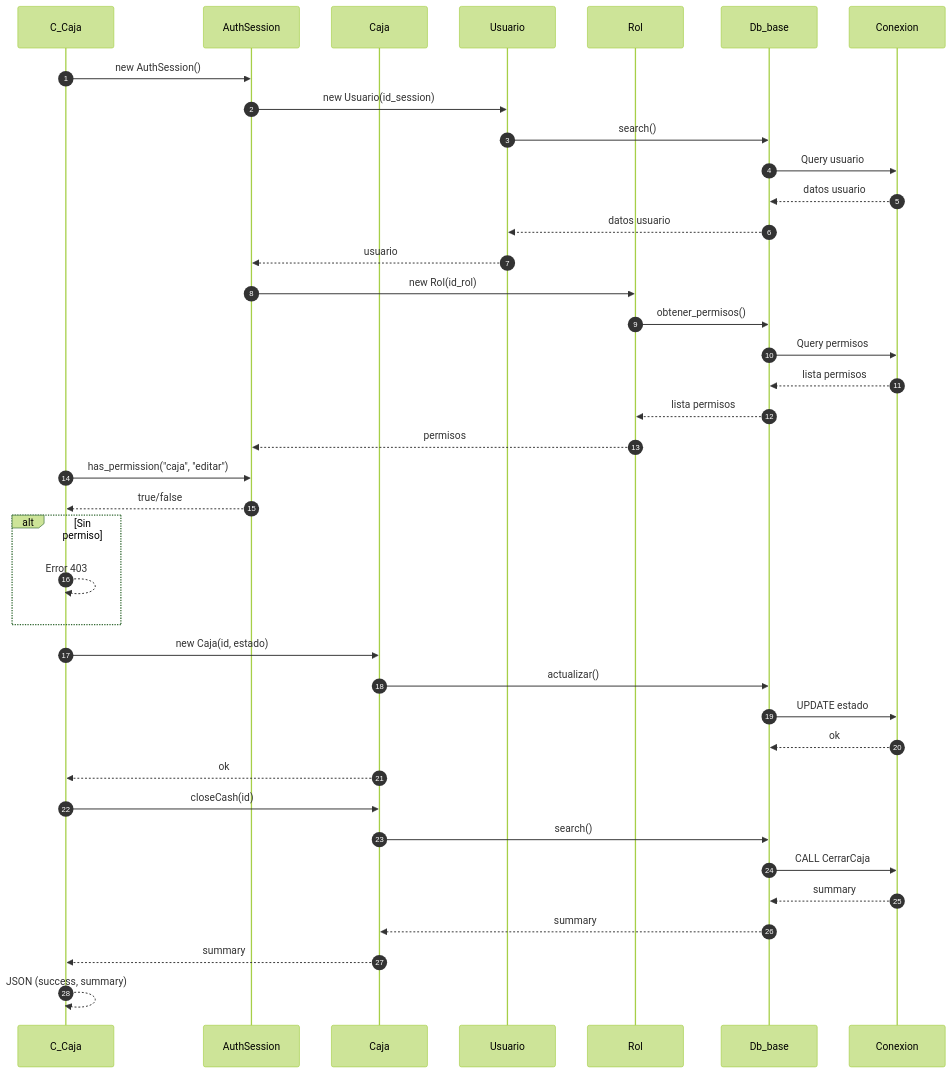
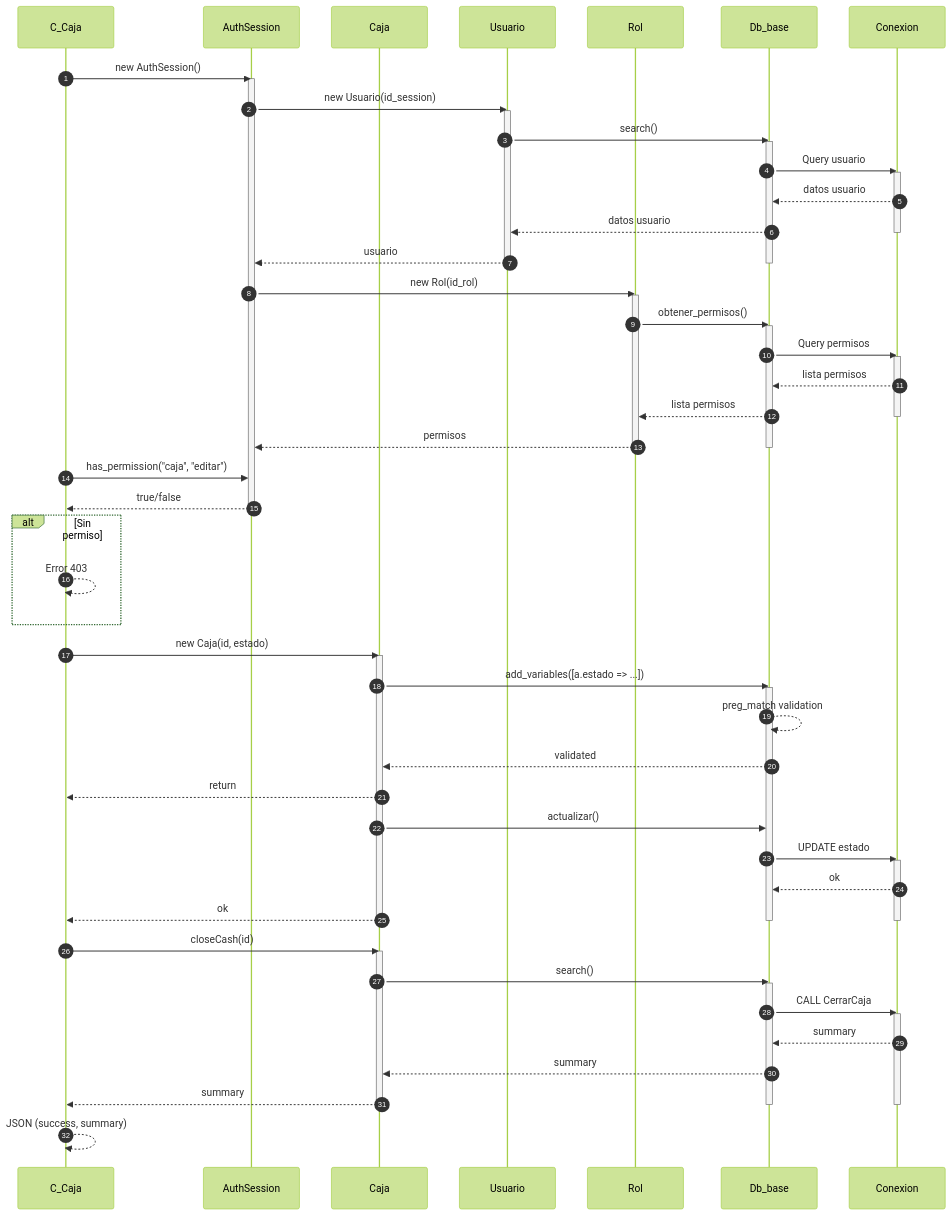
Before and after one commit to Tecrato/BurgerHouse: the fourth of 5 diagrams in docs/secuencia/caja/caja.md, drawn with Mermaid (forest theme). The commit also changed other lines of this file and 16 other files, not shown here.

First line of the commit message:
Annotate mermaid sequences & throttle generator

````diff
--- a/docs/secuencia/caja/caja.md
+++ b/docs/secuencia/caja/caja.md
@@ -158,48 +246,78 @@
 ```mermaid
 sequenceDiagram
     autonumber
     participant C_Caja as C_Caja
     participant AuthSession as AuthSession
     participant Caja as Caja
     participant Usuario as Usuario
     participant Rol as Rol
     participant Db_base as Db_base
     participant Conexion as Conexion
     
     C_Caja->>AuthSession: new AuthSession()
+    activate AuthSession
     AuthSession->>Usuario: new Usuario(id_session)
+    activate Usuario
     Usuario->>Db_base: search()
+    activate Db_base
     Db_base->>Conexion: Query usuario
+    activate Conexion
     Conexion-->>Db_base: datos usuario
     Db_base-->>Usuario: datos usuario
+    deactivate Conexion
     Usuario-->>AuthSession: usuario
+    deactivate Usuario
+    deactivate Db_base
     
     AuthSession->>Rol: new Rol(id_rol)
+    activate Rol
     Rol->>Db_base: obtener_permisos()
+    activate Db_base
     Db_base->>Conexion: Query permisos
+    activate Conexion
     Conexion-->>Db_base: lista permisos
     Db_base-->>Rol: lista permisos
+    deactivate Conexion
     Rol-->>AuthSession: permisos
+    deactivate Rol
+    deactivate Db_base
     
     C_Caja->>AuthSession: has_permission("caja", "editar")
     AuthSession-->>C_Caja: true/false
+    deactivate AuthSession
     
     alt Sin permiso
         C_Caja-->>C_Caja: Error 403
     end
     
     C_Caja->>Caja: new Caja(id, estado)
+    activate Caja
+    Caja->>Db_base: add_variables([a.estado => ...])
+    activate Db_base
+    Db_base-->>Db_base: preg_match validation
+    Db_base-->>Caja: validated
+    Caja-->>C_Caja: return
     Caja->>Db_base: actualizar()
     Db_base->>Conexion: UPDATE estado
+    activate Conexion
     Conexion-->>Db_base: ok
     Caja-->>C_Caja: ok
+    deactivate Caja
+    deactivate Conexion
+    deactivate Db_base
     
     C_Caja->>Caja: closeCash(id)
+    activate Caja
     Caja->>Db_base: search()
+    activate Db_base
     Db_base->>Conexion: CALL CerrarCaja
+    activate Conexion
     Conexion-->>Db_base: summary
     Db_base-->>Caja: summary
     Caja-->>C_Caja: summary
+    deactivate Caja
+    deactivate Conexion
+    deactivate Db_base
     
     C_Caja-->>C_Caja: JSON (success, summary)
 ```
````
